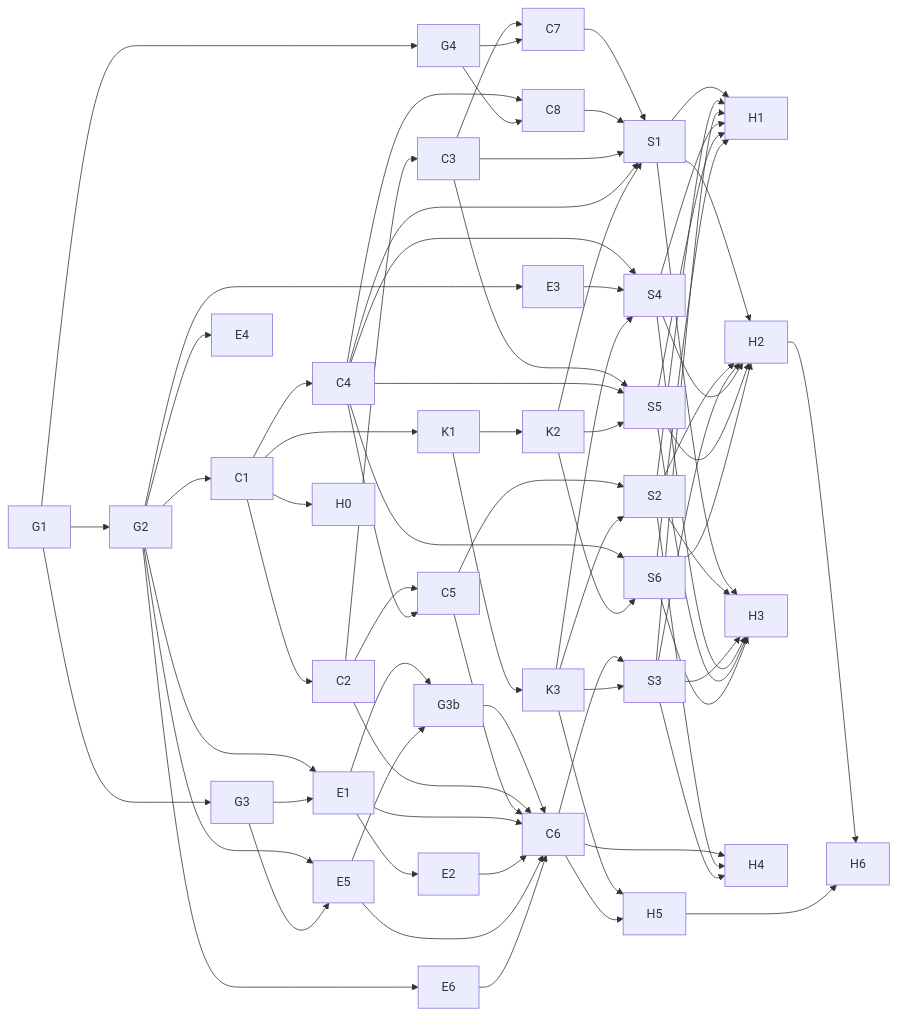
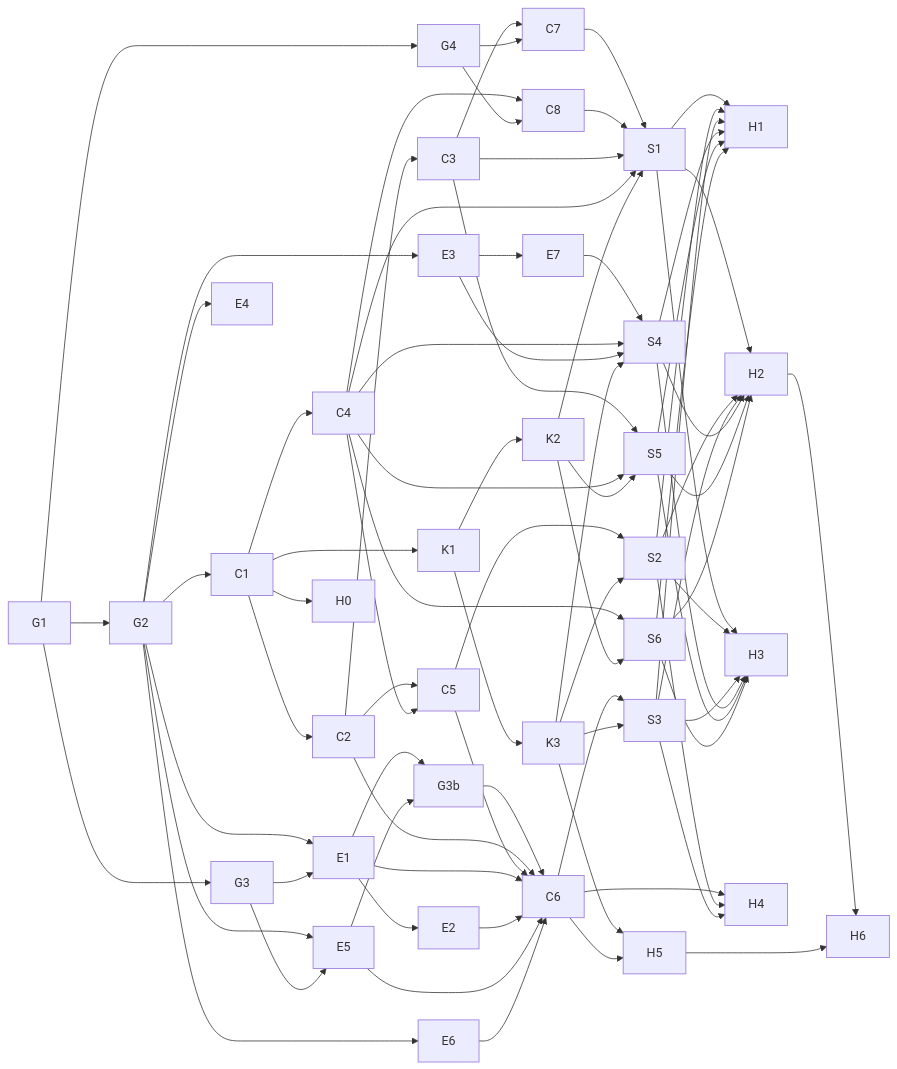
One commit to thisizmsk-png/vajra changed the diagram in docs/desktop/spec/tasks.md. Above: the diagram before and after it, drawn with Mermaid. The commit also changed other lines of this file and 3 other files, not shown here.

````diff
--- a/docs/desktop/spec/tasks.md
+++ b/docs/desktop/spec/tasks.md
@@ -119,27 +120,28 @@
 ```mermaid
 graph LR
   G1 --> G2 --> E3 & E1 & C1
   G1 --> G3 --> E1 --> E2
   G2 & G3 --> E5
   E1 & E5 --> G3b --> C6
   C1 --> C2 & C4 & K1
   C2 --> C3
   C2 & C4 --> C5
   C2 & C5 & E1 & E2 & E5 & E6 --> C6
   G1 --> G4
   C3 & G4 --> C7
   C4 & G4 --> C8
   C7 & C8 --> S1
   G2 --> E4 & E6
+  E3 --> E7 --> S4
   C1 --> H0
   K1 --> K2 & K3
   C3 & C4 & K2 --> S1 & S5
   C4 & E3 & K3 --> S4
   C4 & K2 --> S6
   C5 & K3 --> S2
   C6 & K3 --> S3
   S1 & S2 & S3 & S4 & S5 & S6 --> H1 & H2 & H3
   C6 & S2 & S3 --> H4
   K3 & C6 --> H5
   H2 & H5 --> H6
 ```
````
